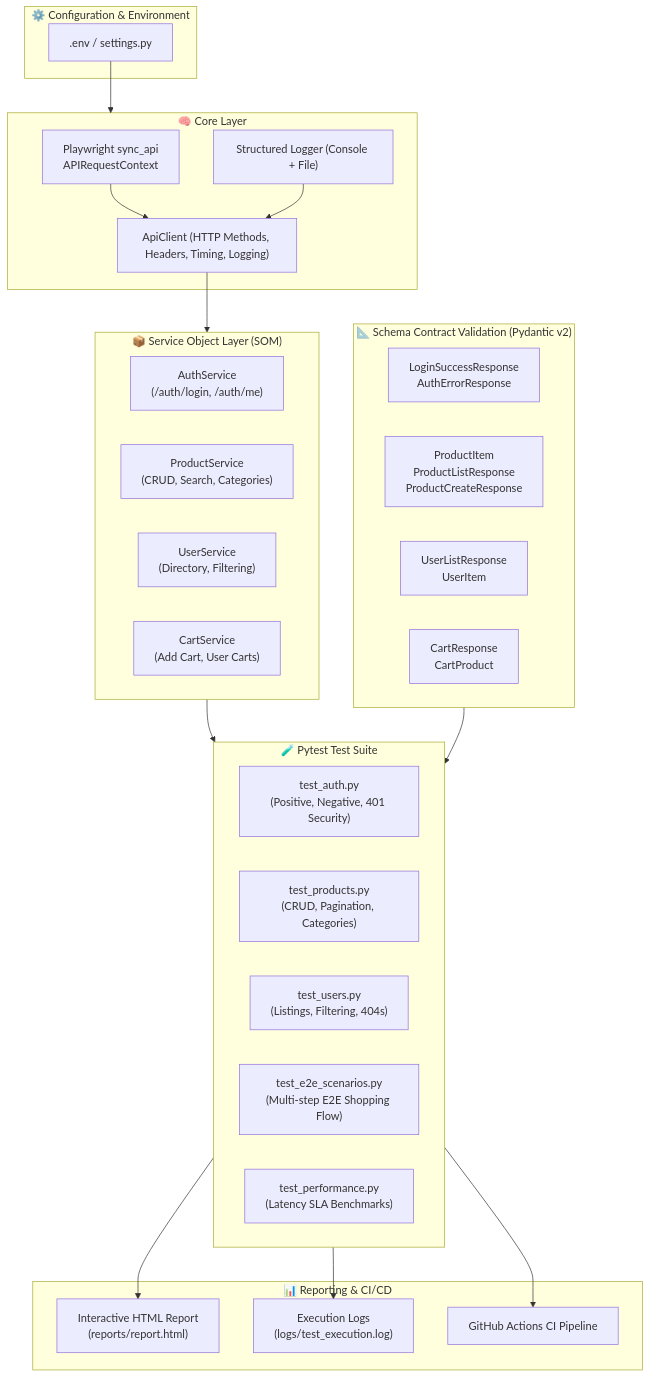
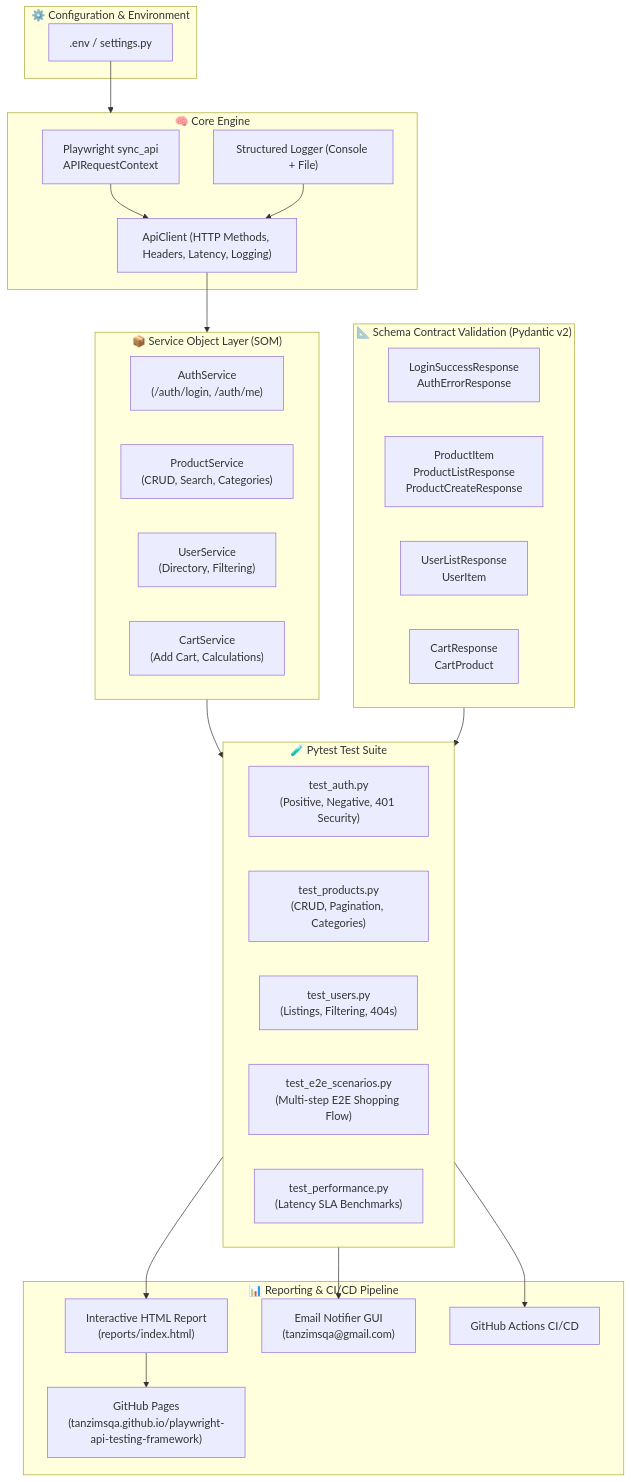
The diagram in README.md (TanzimSQA/playwright-api-testing-framework), drawn with Mermaid before and after one commit. The commit also changed other lines of this file and 8 other files, not shown here.

Commit message:
feat: align CI/CD, GitHub Pages report, and email notifier GUI with saucedemo style

````diff
--- a/README.md
+++ b/README.md
@@ -32,50 +47,52 @@
 ```mermaid
 flowchart TD
     subgraph Config ["⚙️ Configuration & Environment"]
         ENV[".env / settings.py"]
     end
 
-    subgraph Core ["🧠 Core Layer"]
+    subgraph Core ["🧠 Core Engine"]
         PW["Playwright sync_api\nAPIRequestContext"]
-        CLIENT["ApiClient (HTTP Methods, Headers, Timing, Logging)"]
+        CLIENT["ApiClient (HTTP Methods, Headers, Latency, Logging)"]
         LOGGER["Structured Logger (Console + File)"]
         PW --> CLIENT
         LOGGER --> CLIENT
     end
 
     subgraph Services ["📦 Service Object Layer (SOM)"]
         AUTH_S["AuthService\n(/auth/login, /auth/me)"]
         PROD_S["ProductService\n(CRUD, Search, Categories)"]
         USER_S["UserService\n(Directory, Filtering)"]
-        CART_S["CartService\n(Add Cart, User Carts)"]
+        CART_S["CartService\n(Add Cart, Calculations)"]
     end
 
     subgraph Schemas ["📐 Schema Contract Validation (Pydantic v2)"]
         AUTH_SCH["LoginSuccessResponse\nAuthErrorResponse"]
         PROD_SCH["ProductItem\nProductListResponse\nProductCreateResponse"]
         USER_SCH["UserListResponse\nUserItem"]
         CART_SCH["CartResponse\nCartProduct"]
     end
 
     subgraph Tests ["🧪 Pytest Test Suite"]
         T_AUTH["test_auth.py\n(Positive, Negative, 401 Security)"]
         T_PROD["test_products.py\n(CRUD, Pagination, Categories)"]
         T_USER["test_users.py\n(Listings, Filtering, 404s)"]
         T_E2E["test_e2e_scenarios.py\n(Multi-step E2E Shopping Flow)"]
         T_PERF["test_performance.py\n(Latency SLA Benchmarks)"]
     end
 
-    subgraph Output ["📊 Reporting & CI/CD"]
-        REPORT["Interactive HTML Report\n(reports/report.html)"]
-        LOGS["Execution Logs\n(logs/test_execution.log)"]
-        GHA["GitHub Actions CI Pipeline"]
+    subgraph Output ["📊 Reporting & CI/CD Pipeline"]
+        REPORT["Interactive HTML Report\n(reports/index.html)"]
+        PAGES["GitHub Pages\n(tanzimsqa.github.io/playwright-api-testing-framework)"]
+        EMAIL["Email Notifier GUI\n(tanzimsqa@gmail.com)"]
+        GHA["GitHub Actions CI/CD"]
     end
 
     ENV --> Core
     CLIENT --> Services
     Services --> Tests
     Schemas --> Tests
     Tests --> REPORT
-    Tests --> LOGS
+    REPORT --> PAGES
+    Tests --> EMAIL
     Tests --> GHA
 ```
````
